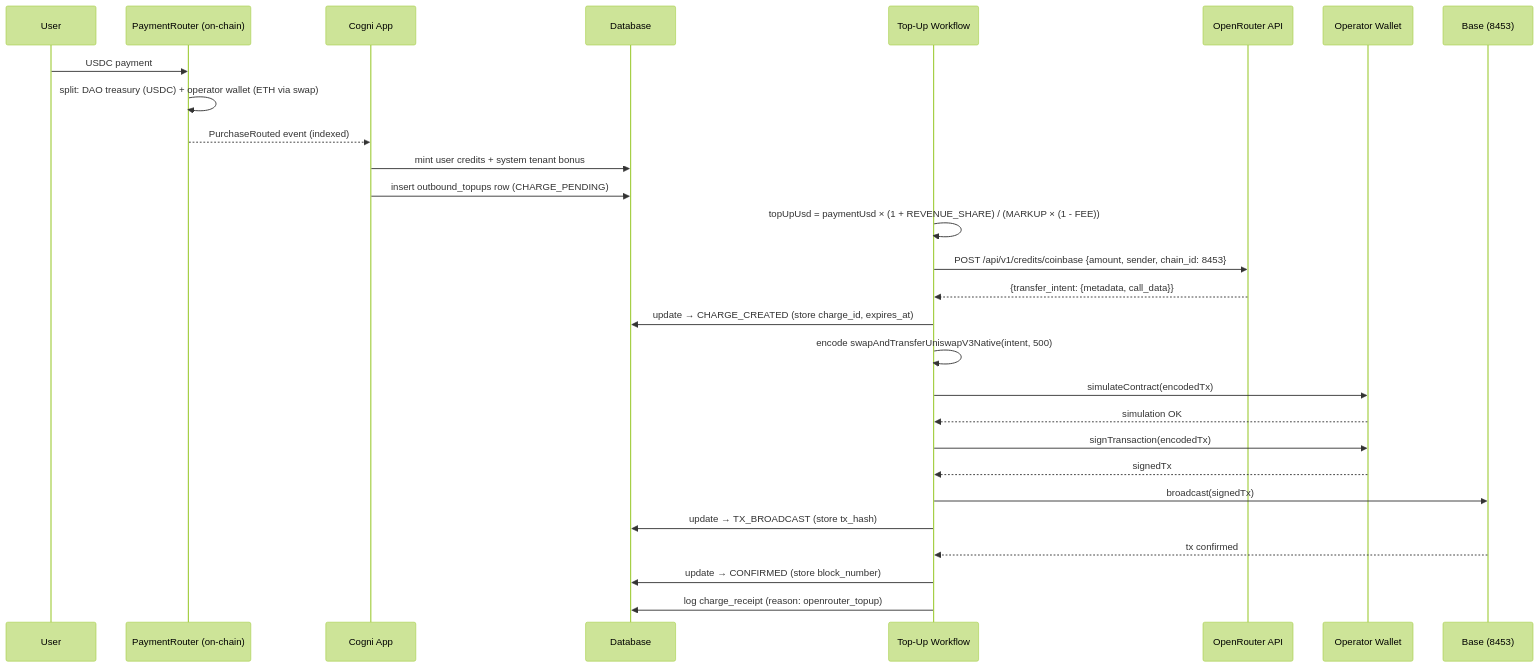
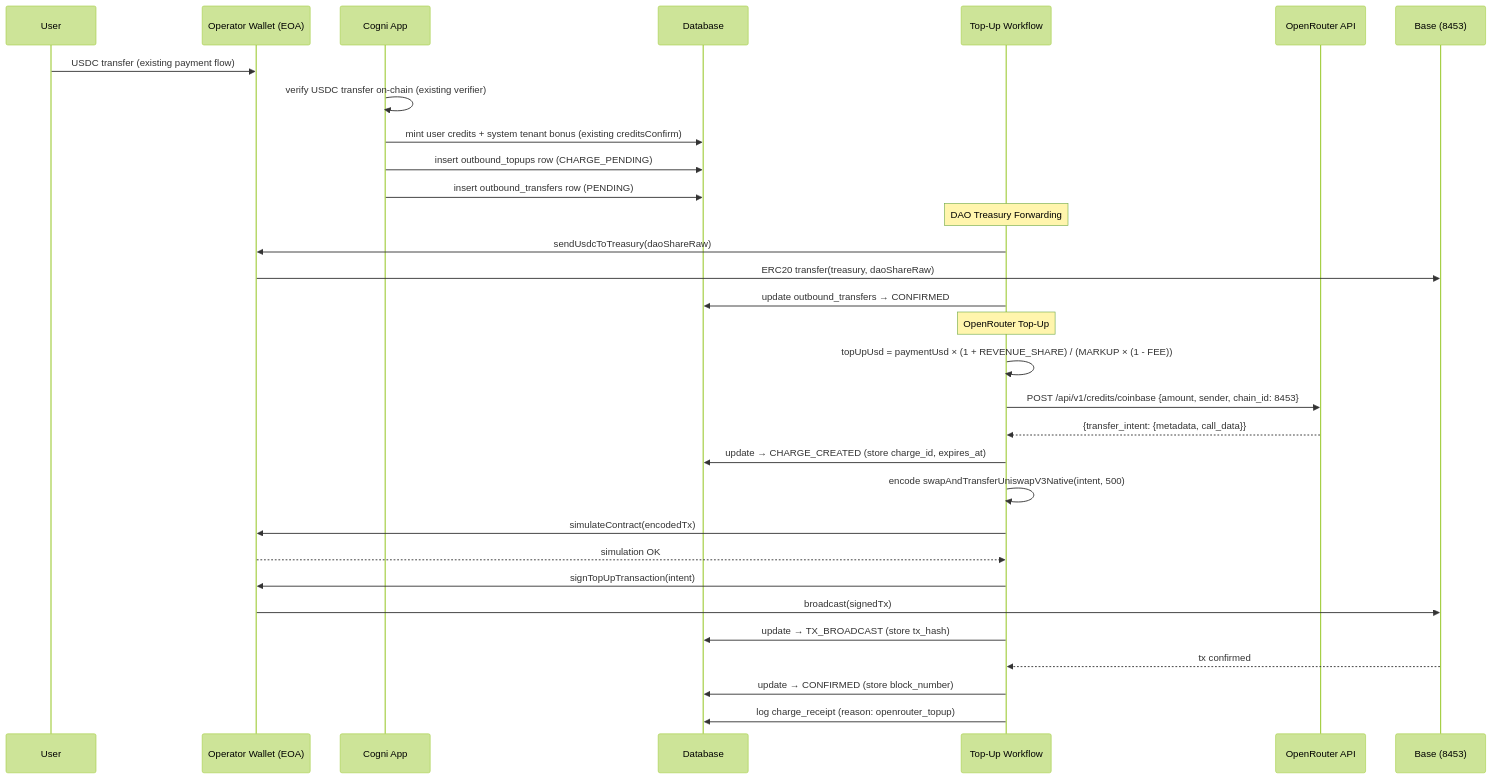
One commit to Cogni-DAO/node-template changed the diagram in docs/spec/web3-openrouter-payments.md. Above: the diagram before and after it, drawn with Mermaid (forest theme). The commit also changed other lines of this file and 2 other files, not shown here.

First line of the commit message:
docs: simplify operator wallet — no custom contracts, wallet receives payments directly

````diff
--- a/docs/spec/web3-openrouter-payments.md
+++ b/docs/spec/web3-openrouter-payments.md
@@ -68,35 +69,39 @@
 ```mermaid
 sequenceDiagram
     participant User
-    participant Router as PaymentRouter (on-chain)
+    participant Wallet as Operator Wallet (EOA)
     participant App as Cogni App
     participant DB as Database
     participant Workflow as Top-Up Workflow
     participant OR as OpenRouter API
-    participant Wallet as Operator Wallet
     participant Chain as Base (8453)
 
-    User->>Router: USDC payment
-    Router->>Router: split: DAO treasury (USDC) + operator wallet (ETH via swap)
-    Router-->>App: PurchaseRouted event (indexed)
+    User->>Wallet: USDC transfer (existing payment flow)
+    App->>App: verify USDC transfer on-chain (existing verifier)
+    App->>DB: mint user credits + system tenant bonus (existing creditsConfirm)
 
-    App->>DB: mint user credits + system tenant bonus
     App->>DB: insert outbound_topups row (CHARGE_PENDING)
+    App->>DB: insert outbound_transfers row (PENDING)
 
+    Note over Workflow: DAO Treasury Forwarding
+    Workflow->>Wallet: sendUsdcToTreasury(daoShareRaw)
+    Wallet->>Chain: ERC20 transfer(treasury, daoShareRaw)
+    Workflow->>DB: update outbound_transfers → CONFIRMED
+
+    Note over Workflow: OpenRouter Top-Up
     Workflow->>Workflow: topUpUsd = paymentUsd × (1 + REVENUE_SHARE) / (MARKUP × (1 - FEE))
     Workflow->>OR: POST /api/v1/credits/coinbase {amount, sender, chain_id: 8453}
     OR-->>Workflow: {transfer_intent: {metadata, call_data}}
     Workflow->>DB: update → CHARGE_CREATED (store charge_id, expires_at)
 
     Workflow->>Workflow: encode swapAndTransferUniswapV3Native(intent, 500)
     Workflow->>Wallet: simulateContract(encodedTx)
     Wallet-->>Workflow: simulation OK
-    Workflow->>Wallet: signTransaction(encodedTx)
-    Wallet-->>Workflow: signedTx
-    Workflow->>Chain: broadcast(signedTx)
+    Workflow->>Wallet: signTopUpTransaction(intent)
+    Wallet->>Chain: broadcast(signedTx)
     Workflow->>DB: update → TX_BROADCAST (store tx_hash)
 
     Chain-->>Workflow: tx confirmed
     Workflow->>DB: update → CONFIRMED (store block_number)
     Workflow->>DB: log charge_receipt (reason: openrouter_topup)
 ```
````
